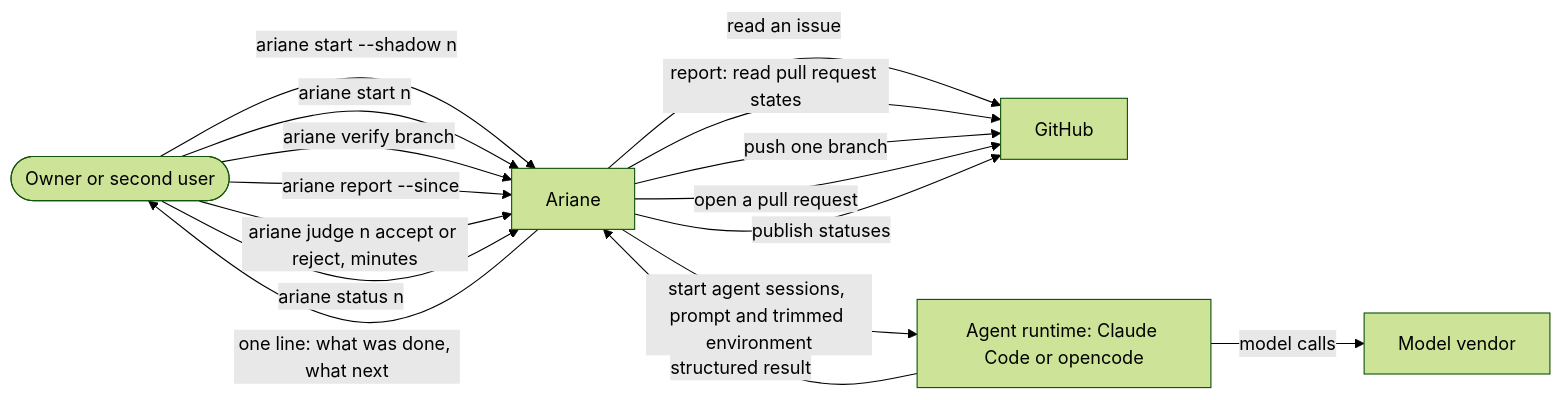
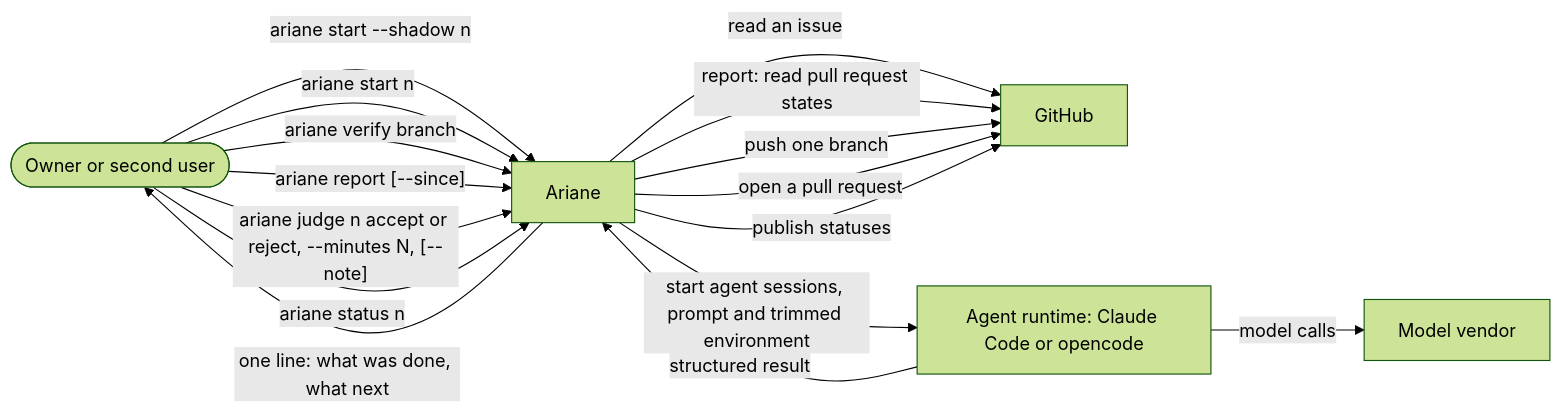
One commit to plaplanche/ariane changed the diagram in docs/architecture/1-context.md. Above: the diagram before and after it, drawn with Mermaid (forest theme). The commit also changed 3 other files, not shown here.

````diff
--- a/docs/architecture/1-context.md
+++ b/docs/architecture/1-context.md
@@ -5,23 +5,23 @@
 ```mermaid
 flowchart LR
   user([Owner or second user])
   ariane[Ariane]
   github[GitHub]
   runtime[Agent runtime: Claude Code or opencode]
   vendor[Model vendor]
   user -->|ariane start --shadow n| ariane
   user -->|ariane start n| ariane
   user -->|ariane verify branch| ariane
-  user -->|ariane report --since| ariane
-  user -->|ariane judge n accept or reject, minutes| ariane
+  user -->|"ariane report [--since]"| ariane
+  user -->|"ariane judge n accept or reject, --minutes N, [--note]"| ariane
   user -->|ariane status n| ariane
   ariane -->|one line: what was done, what next| user
   ariane -->|read an issue| github
   ariane -->|report: read pull request states| github
   ariane -->|push one branch| github
   ariane -->|open a pull request| github
   ariane -->|publish statuses| github
   ariane -->|start agent sessions, prompt and trimmed environment| runtime
   runtime -->|structured result| ariane
   runtime -->|model calls| vendor
 ```
````
